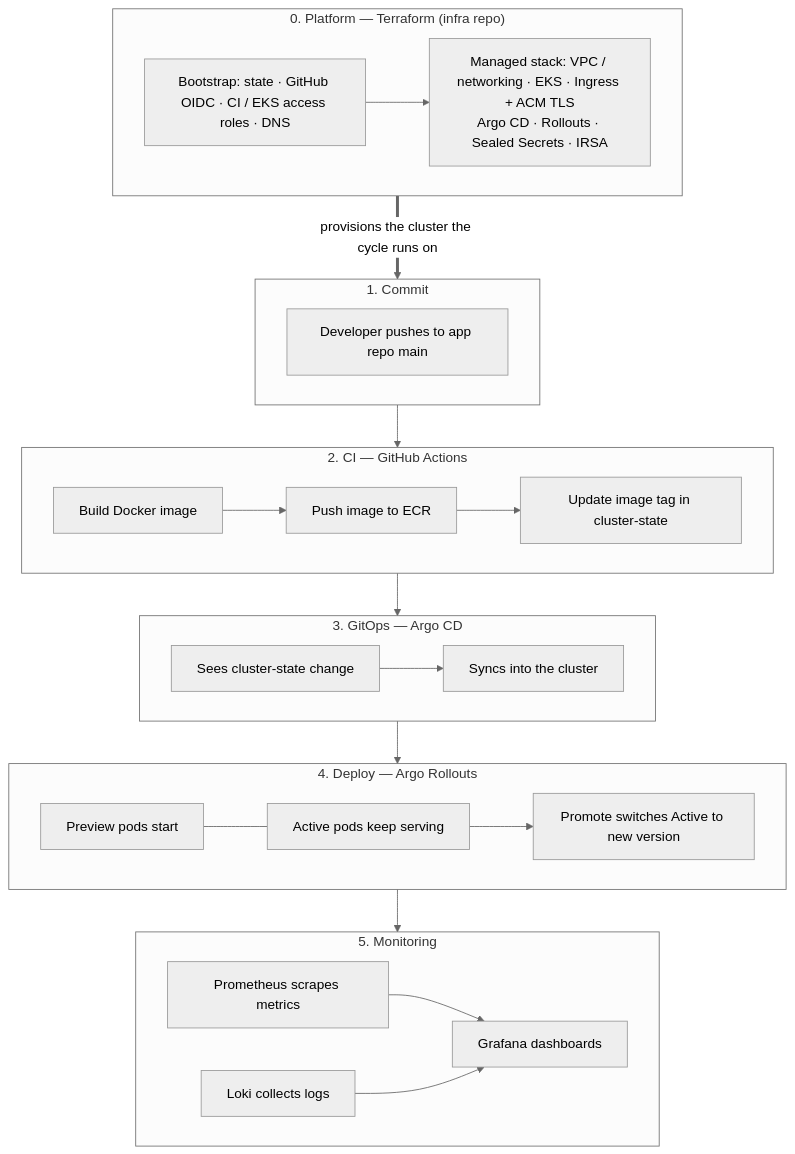
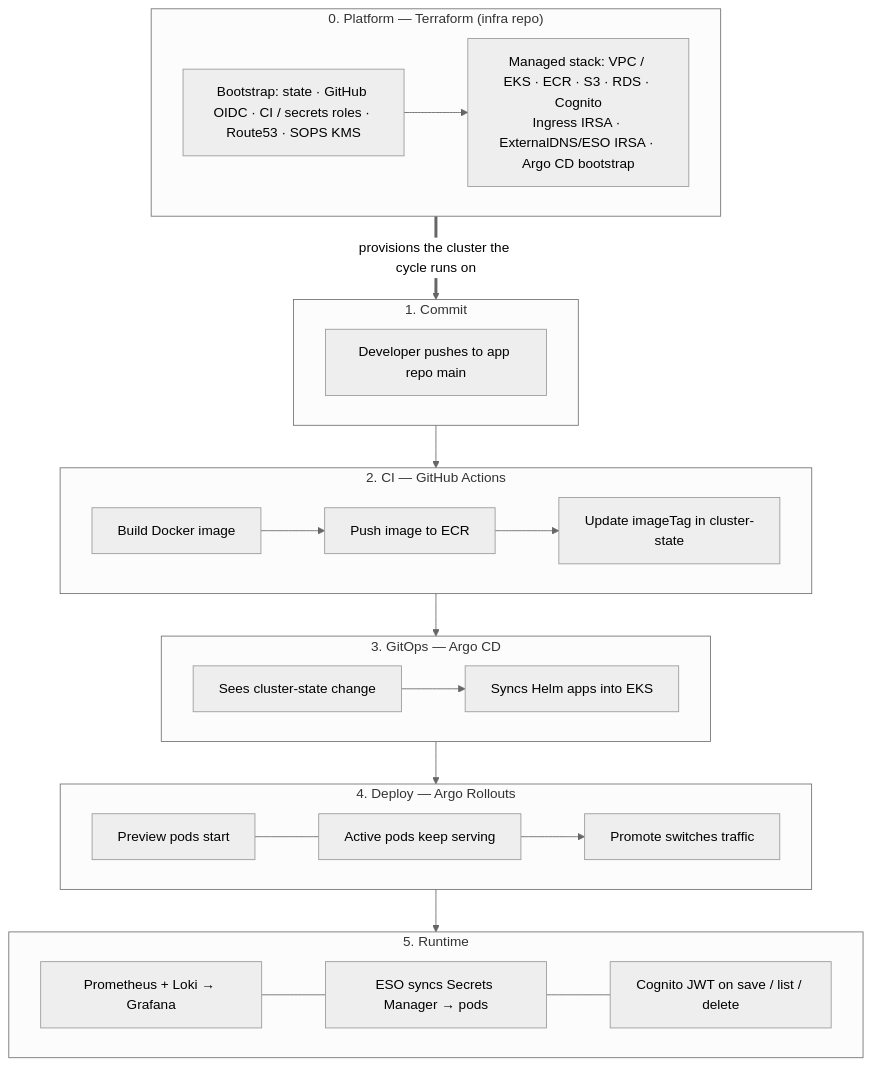
The first of 3 diagrams in profile/README.md (QRify-platform/.github), drawn with Mermaid (neutral theme) before and after one commit. The commit also changed other lines of this file, not shown here.

````diff
--- a/profile/README.md
+++ b/profile/README.md
@@ -31,44 +32,43 @@
 ```mermaid
 flowchart TB
   subgraph tf["0. Platform — Terraform (infra repo)"]
-    T1[Bootstrap: state · GitHub OIDC · CI / EKS access roles · DNS]
-    T2[Managed stack: VPC / networking · EKS · Ingress + ACM TLS<br/>Argo CD · Rollouts · Sealed Secrets · IRSA]
+    T1[Bootstrap: state · GitHub OIDC · CI / secrets roles · Route53 · SOPS KMS]
+    T2[Managed stack: VPC / EKS · ECR · S3 · RDS · Cognito<br/>Ingress IRSA · ExternalDNS/ESO IRSA · Argo CD bootstrap]
     T1 --> T2
   end
 
   subgraph step1["1. Commit"]
     A[Developer pushes to app repo main]
   end
 
   subgraph step2["2. CI — GitHub Actions"]
     B[Build Docker image]
     C[Push image to ECR]
-    D[Update image tag in cluster-state]
+    D[Update imageTag in cluster-state]
     B --> C --> D
   end
 
   subgraph step3["3. GitOps — Argo CD"]
     E[Sees cluster-state change]
-    F[Syncs into the cluster]
+    F[Syncs Helm apps into EKS]
     E --> F
   end
 
   subgraph step4["4. Deploy — Argo Rollouts"]
     G[Preview pods start]
     H[Active pods keep serving]
-    I[Promote switches Active to new version]
+    I[Promote switches traffic]
     G --- H
     H --> I
   end
 
-  subgraph step5["5. Monitoring"]
-    P[Prometheus scrapes metrics]
-    Q[Loki collects logs]
-    R[Grafana dashboards]
-    P --> R
-    Q --> R
+  subgraph step5["5. Runtime"]
+    P[Prometheus + Loki → Grafana]
+    S[ESO syncs Secrets Manager → pods]
+    AUTH[Cognito JWT on save / list / delete]
+    P --- S --- AUTH
   end
 
   tf ==>|provisions the cluster the cycle runs on| step1
   step1 --> step2 --> step3 --> step4 --> step5
 ```
````
